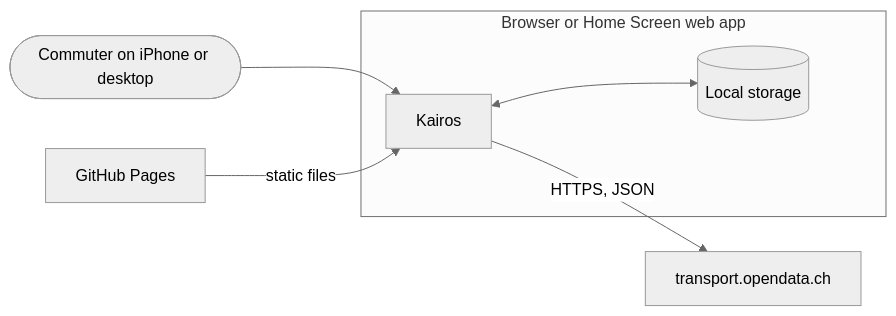
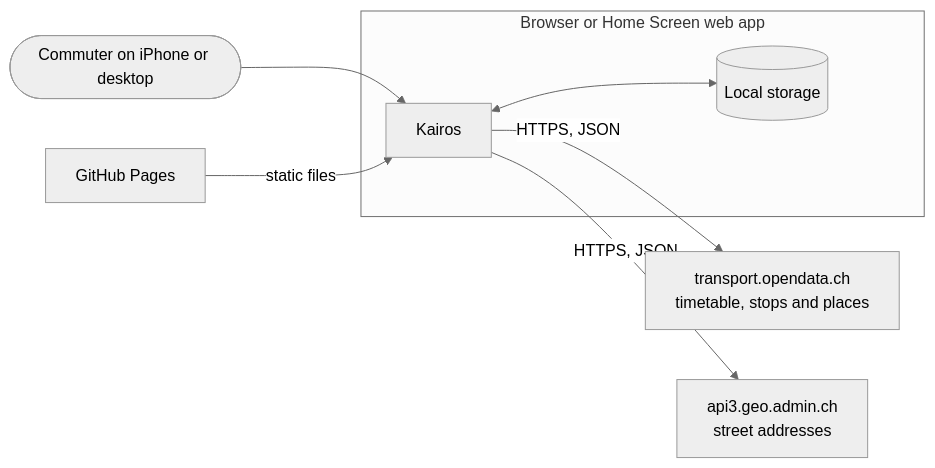
One commit to ndum/kairos changed the second of 4 diagrams in README.md. Above: the diagram before and after it, drawn with Mermaid (neutral theme). The commit also changed other lines of this file and 21 other files, not shown here.

````diff
--- a/README.md
+++ b/README.md
@@ -48,15 +62,17 @@
 ```mermaid
 flowchart LR
     commuter([Commuter on iPhone or desktop])
     subgraph device[Browser or Home Screen web app]
         app[Kairos]
         storage[(Local storage)]
     end
-    api[transport.opendata.ch]
+    transport[transport.opendata.ch<br/>timetable, stops and places]
+    swisstopo[api3.geo.admin.ch<br/>street addresses]
     pages[GitHub Pages]
 
     commuter --> app
     app <--> storage
-    app -- HTTPS, JSON --> api
+    app -- HTTPS, JSON --> transport
+    app -- HTTPS, JSON --> swisstopo
     pages -- static files --> app
 ```
````
